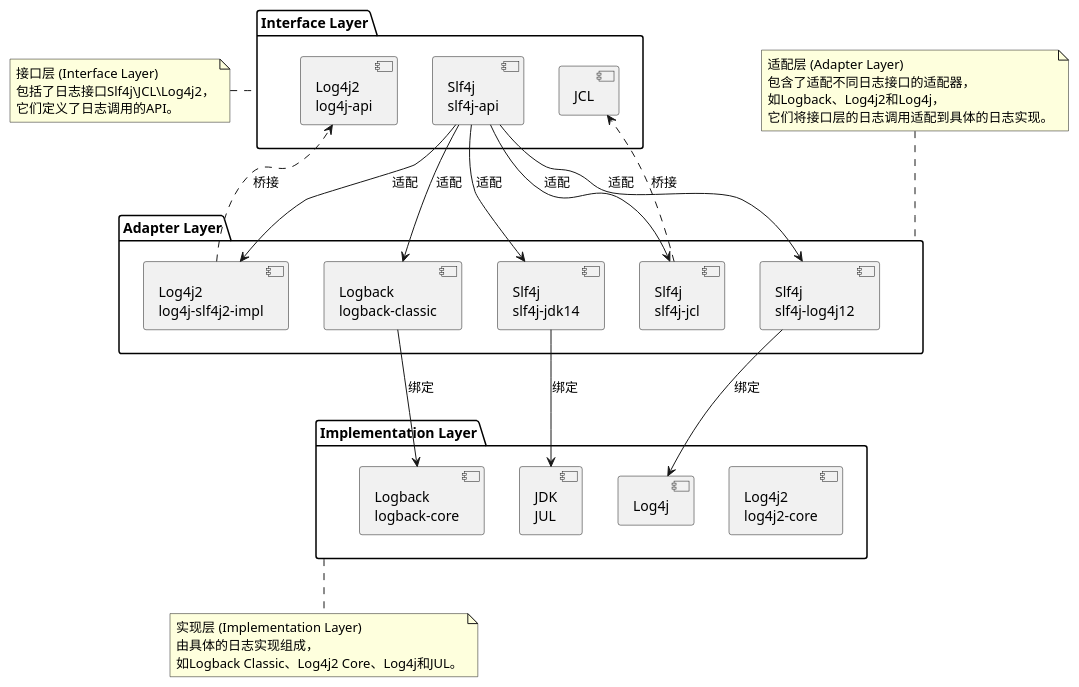
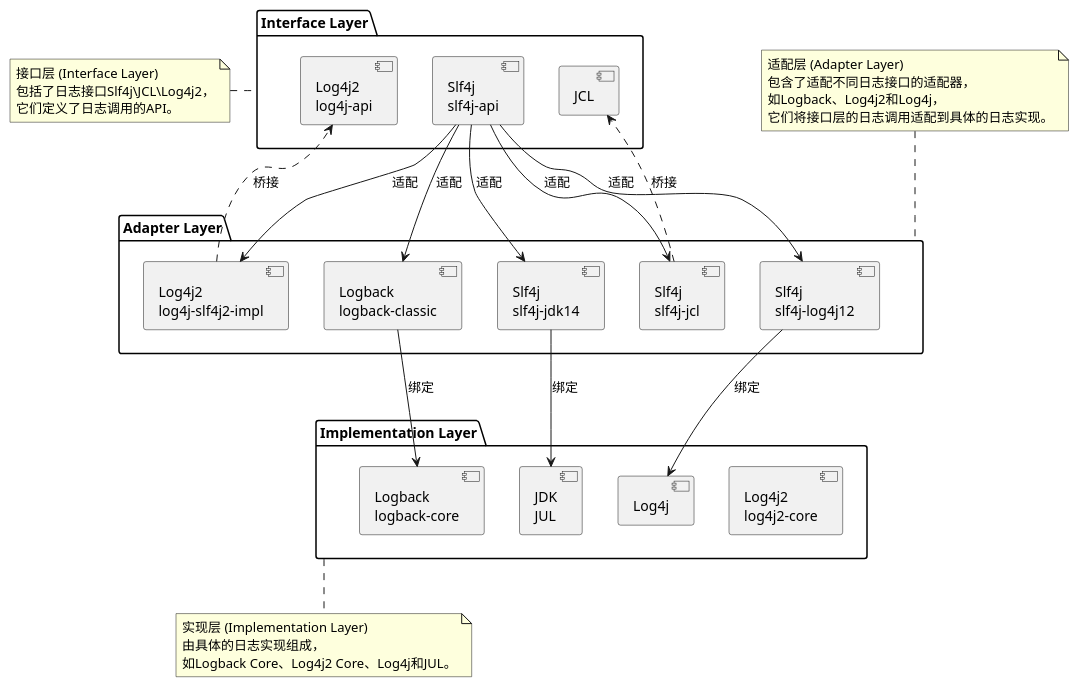
Before and after one commit to mvphjx/MyJavaGuide: the diagram in common/src/main/resources/uml/java/log.puml, drawn with PlantUML.

Commit message:
java日志组件图

```diff
--- a/common/src/main/resources/uml/java/log.puml
+++ b/common/src/main/resources/uml/java/log.puml
@@ -1,55 +1,55 @@
 @startuml
 
 package Interface as "Interface Layer" {
   [Log4j2\nlog4j-api] as Log4j2API
   [Slf4j\nslf4j-api] as Slf4jAPI
   [JCL] as JCLAPI
 }
 
 package Adapter as "Adapter Layer" {
   [Log4j2\nlog4j-slf4j2-impl] as Slf4jLog4j2Adapter
   [Logback\nlogback-classic] as LogbackAdapter
   [Slf4j\nslf4j-jcl] as Slf4jJCLAdapter
   [Slf4j\nslf4j-jdk14] as Slf4jJULAdapter
   [Slf4j\nslf4j-log4j12] as Slf4jLog4jAdapter
 }
 
 package Impl as "Implementation Layer" {
   [Log4j2\nlog4j2-core] as Log4j2Impl
   [Logback\nlogback-core] as LogbackImpl
   [JDK\nJUL] as JULImpl
   [Log4j] as Log4jImpl
 }
 
 Slf4jAPI --> LogbackAdapter:适配
 Slf4jAPI --> Slf4jJCLAdapter:适配
 Slf4jAPI --> Slf4jLog4jAdapter:适配
 Slf4jAPI --> Slf4jLog4j2Adapter:适配
 Slf4jAPI --> Slf4jJULAdapter:适配
 LogbackAdapter --> LogbackImpl:绑定
 Slf4jJCLAdapter ..> JCLAPI:桥接
 Slf4jLog4jAdapter --> Log4jImpl:绑定
 Slf4jLog4j2Adapter ..> Log4j2API:桥接
 Slf4jJULAdapter --> JULImpl:绑定
 
 
 note left of Interface
   接口层 (Interface Layer)
   包括了日志接口Slf4j\JCL\Log4j2，
   它们定义了日志调用的API。
 end note
 
 note top of Adapter
   适配层 (Adapter Layer)
   包含了适配不同日志接口的适配器，
   如Logback、Log4j2和Log4j，
   它们将接口层的日志调用适配到具体的日志实现。
 end note
 
 note bottom of Impl
     实现层 (Implementation Layer)
     由具体的日志实现组成，
-    如Logback Classic、Log4j2 Core、Log4j和JUL。
+    如Logback Core、Log4j2 Core、Log4j和JUL。
 end note
 
 @enduml
```
